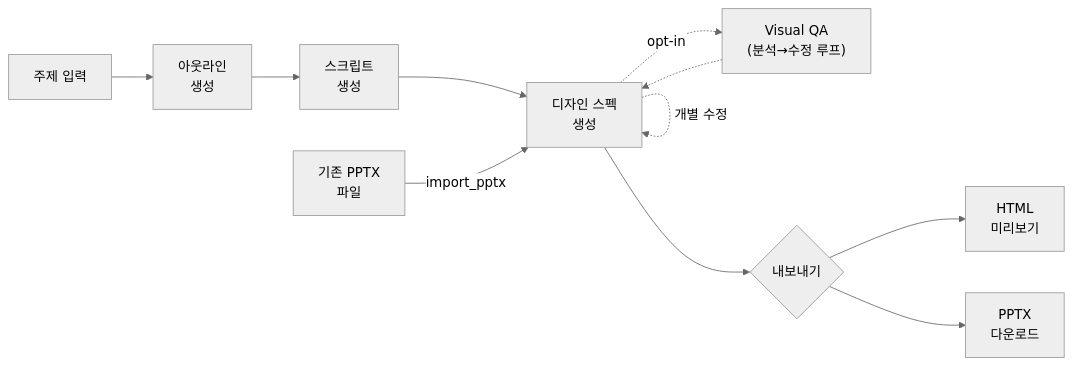
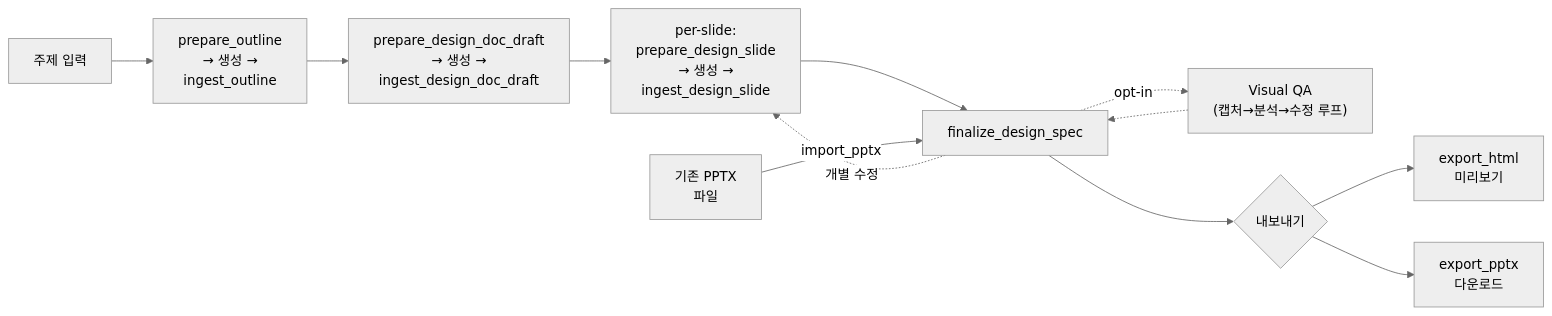
One commit to haandol/ppt-generator changed the second of 3 diagrams in docs/harness/architecture.md. Above: the diagram before and after it, drawn with Mermaid (neutral theme). The commit also changed other lines of this file and 63 other files, not shown here.

````diff
--- a/docs/harness/architecture.md
+++ b/docs/harness/architecture.md
@@ -17,14 +40,15 @@
 ```mermaid
 flowchart LR
-    A["주제 입력"] --> B["아웃라인\n생성"]
-    B --> C["스크립트\n생성"]
-    C --> D["디자인 스펙\n생성"]
-    D -.->|"개별 수정"| D
-    D -.->|"opt-in"| V["Visual QA\n(분석→수정 루프)"]
-    V -.-> D
-    D --> E{"내보내기"}
-    E --> F["HTML\n미리보기"]
-    E --> G["PPTX\n다운로드"]
+    A["주제 입력"] --> B["prepare_outline\n→ 생성 →\ningest_outline"]
+    B --> C["prepare_design_doc_draft\n→ 생성 →\ningest_design_doc_draft"]
+    C --> D["per-slide:\nprepare_design_slide\n→ 생성 →\ningest_design_slide"]
+    D --> F["finalize_design_spec"]
+    F -.->|"개별 수정"| D
+    F -.->|"opt-in"| V["Visual QA\n(캡처→분석→수정 루프)"]
+    V -.-> F
+    F --> E{"내보내기"}
+    E --> G["export_html\n미리보기"]
+    E --> H["export_pptx\n다운로드"]
 
-    H["기존 PPTX\n파일"] -->|"import_pptx"| D
+    I["기존 PPTX\n파일"] -->|"import_pptx"| F
 ```
````
